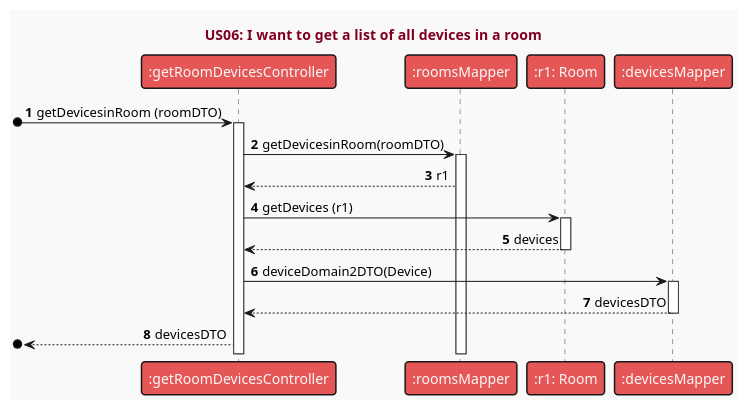
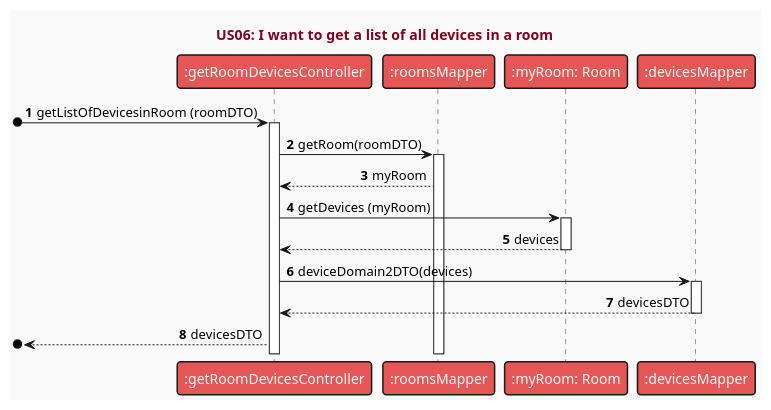
Before and after one commit to RicardoAraujoPT/SmartHome2: the diagram in src/main/java/pt/ipp/isep/dei/examples/basic/domain/SmartHome/UML/US06.puml, drawn with PlantUML.

Commit message:
Updated US06 - nomenclature of getRoom(roomDTO), and myRoom:Room

```diff
--- a/src/main/java/pt/ipp/isep/dei/examples/basic/domain/SmartHome/UML/US06.puml
+++ b/src/main/java/pt/ipp/isep/dei/examples/basic/domain/SmartHome/UML/US06.puml
@@ -1,36 +1,36 @@
 @startuml
 'https://plantuml.com/sequence-diagram
 
 !theme mars
 skinparam sequenceMessageAlign direction
 title <font color=#800020> US06:  I want to get a list of all devices in a room </font>
 
 autonumber
 
 participant ":getRoomDevicesController"
 participant ":roomsMapper"
-participant ":r1: Room"
+participant ":myRoom: Room"
 participant ":devicesMapper"
 
-[o-> ":getRoomDevicesController" :getDevicesinRoom (roomDTO)
+[o-> ":getRoomDevicesController" :getListOfDevicesinRoom (roomDTO)
 activate ":getRoomDevicesController"
 
-":getRoomDevicesController" -> ":roomsMapper" : getDevicesinRoom(roomDTO)
+":getRoomDevicesController" -> ":roomsMapper" : getRoom(roomDTO)
 activate ":roomsMapper"
-":roomsMapper" --> ":getRoomDevicesController" : r1
+":roomsMapper" --> ":getRoomDevicesController" : myRoom
 
 
-":getRoomDevicesController" -> ":r1: Room" : getDevices (r1)
-activate ":r1: Room"
-":r1: Room" --> ":getRoomDevicesController" : devices
-deactivate ":r1: Room"
+":getRoomDevicesController" -> ":myRoom: Room" : getDevices (myRoom)
+activate ":myRoom: Room"
+":myRoom: Room" --> ":getRoomDevicesController" : devices
+deactivate ":myRoom: Room"
 
-":getRoomDevicesController" -> ":devicesMapper" : deviceDomain2DTO(Device)
+":getRoomDevicesController" -> ":devicesMapper" : deviceDomain2DTO(devices)
 activate ":devicesMapper"
 
 ":devicesMapper" --> ":getRoomDevicesController" : devicesDTO
 deactivate ":devicesMapper"
 
 [o<-- ":getRoomDevicesController" : devicesDTO
 
 @enduml
```
